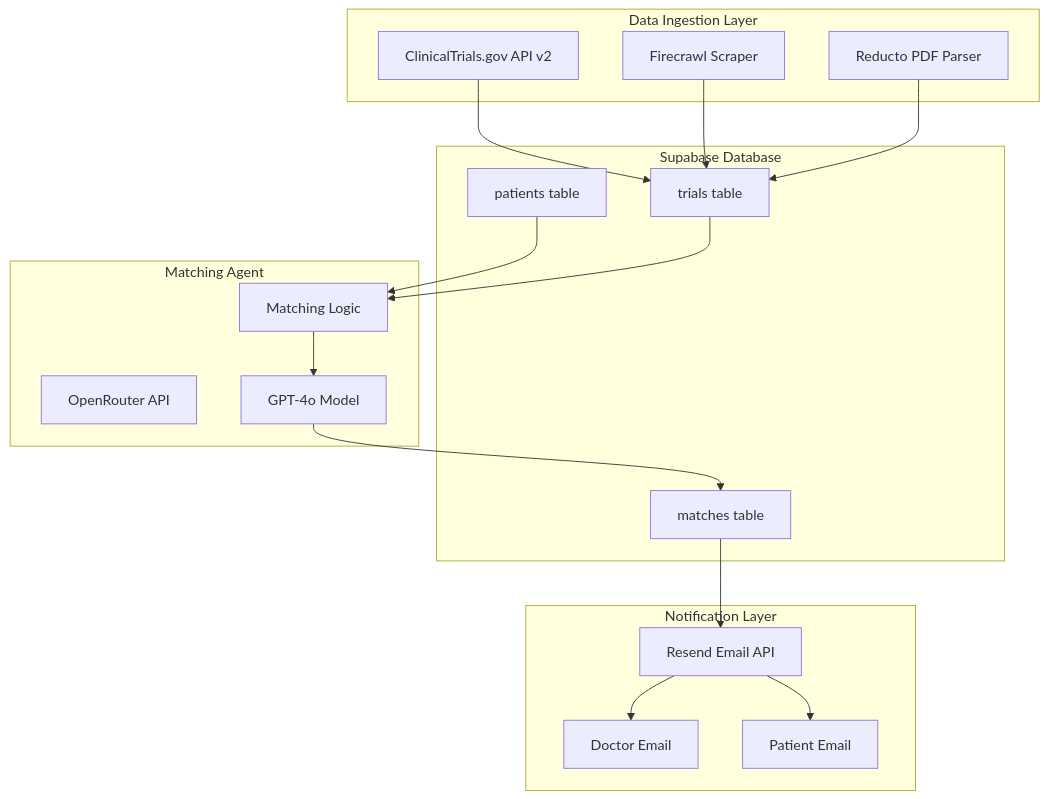
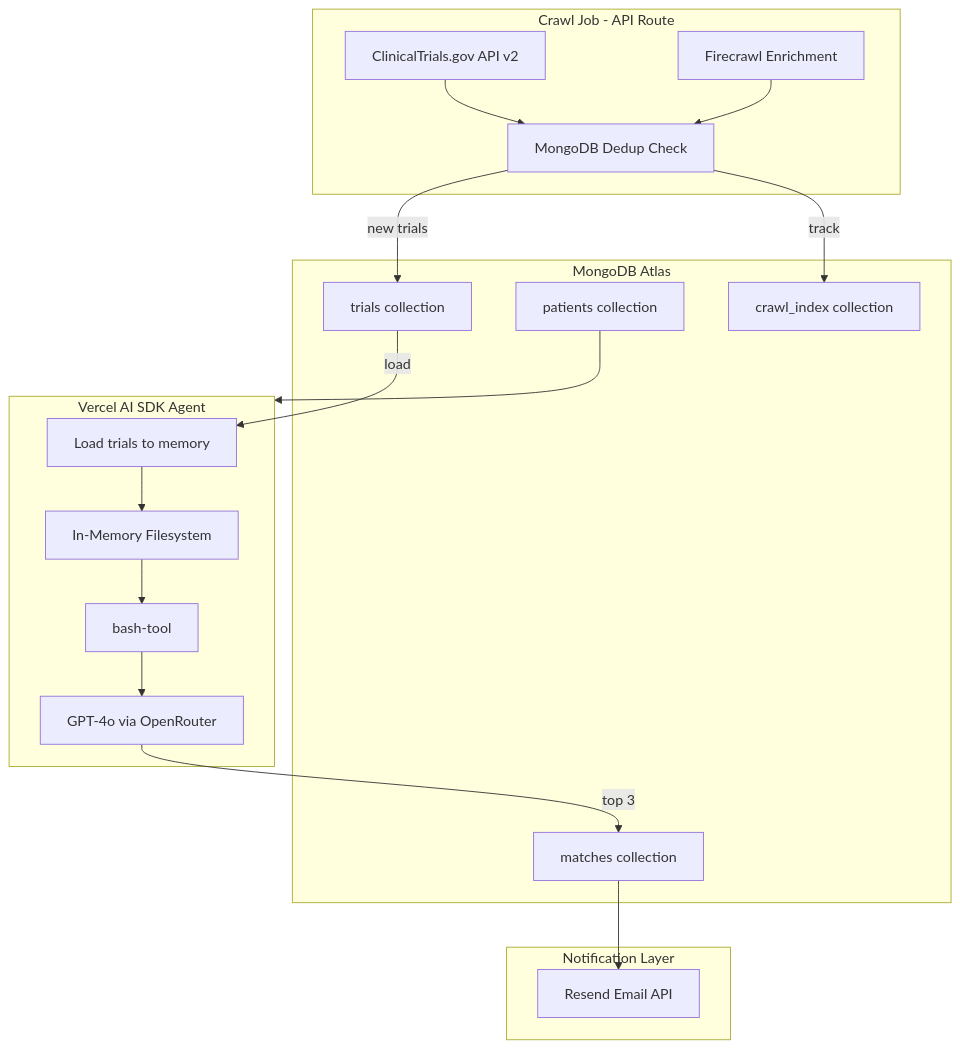
One commit to AadiBiyani/Hack-The-Stackathon changed the diagram in .cursor/plans/clinical_trial_matcher_mvp_57bad1de.plan.md. Above: the diagram before and after it, drawn with Mermaid. The commit also changed other lines of this file and 15 other files, not shown here.

Commit message:
Ai SDK Agent

````diff
--- a/.cursor/plans/clinical_trial_matcher_mvp_57bad1de.plan.md
+++ b/.cursor/plans/clinical_trial_matcher_mvp_57bad1de.plan.md
@@ -39,37 +39,39 @@
 ```mermaid
 flowchart TB
-    subgraph DataIngestion [Data Ingestion Layer]
+    subgraph DataIngestion [Crawl Job - API Route]
         CT[ClinicalTrials.gov API v2]
-        FC[Firecrawl Scraper]
-        RD[Reducto PDF Parser]
+        FC[Firecrawl Enrichment]
+        IDX[MongoDB Dedup Check]
     end
     
-    subgraph Storage [Supabase Database]
-        Trials[trials table]
-        Patients[patients table]
-        Matches[matches table]
+    subgraph MongoDB [MongoDB Atlas]
+        Trials[trials collection]
+        Patients[patients collection]
+        Matches[matches collection]
+        CrawlIdx[crawl_index collection]
     end
     
-    subgraph Agent [Matching Agent]
-        OR[OpenRouter API]
-        GPT[GPT-4o Model]
-        Match[Matching Logic]
+    subgraph AgentRuntime [Vercel AI SDK Agent]
+        Loader[Load trials to memory]
+        MemFS[In-Memory Filesystem]
+        BashTool[bash-tool]
+        GPT[GPT-4o via OpenRouter]
     end
     
     subgraph Notification [Notification Layer]
         RS[Resend Email API]
-        DocEmail[Doctor Email]
-        PatEmail[Patient Email]
     end
     
-    CT --> Trials
-    FC --> Trials
-    RD --> Trials
-    Patients --> Match
-    Trials --> Match
-    Match --> GPT
-    GPT --> Matches
+    CT --> IDX
+    FC --> IDX
+    IDX -->|new trials| Trials
+    IDX -->|track| CrawlIdx
+    
+    Trials -->|load| Loader
+    Loader --> MemFS
+    Patients --> AgentRuntime
+    MemFS --> BashTool
+    BashTool --> GPT
+    GPT -->|top 3| Matches
     Matches --> RS
-    RS --> DocEmail
-    RS --> PatEmail
 ```
````
